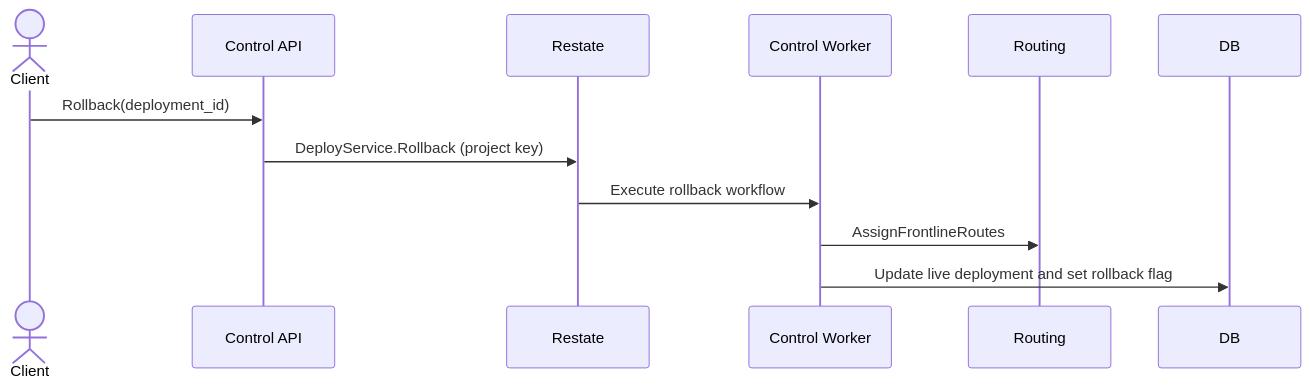
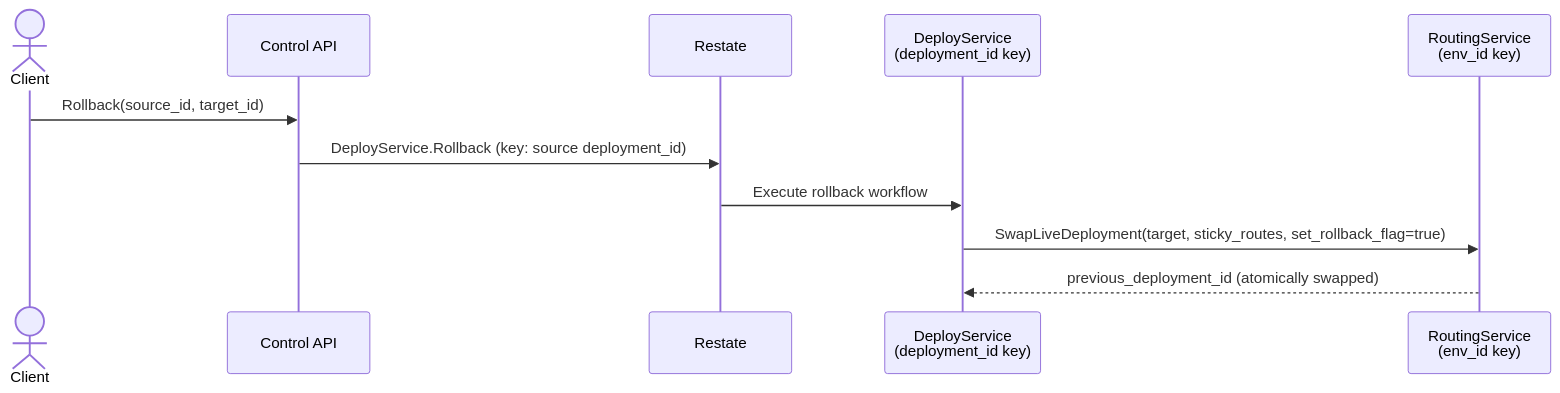
The fourth of 4 diagrams in docs/engineering/architecture/services/control-plane/worker/workflows/deployments.mdx (unkeyed/unkey), drawn with Mermaid before and after one commit. The commit also changed other lines of this file and 60 other files, not shown here.

First line of the commit message:
feat(ctrl): rework build queue for per-env concurrency and cancellation

````diff
--- a/docs/engineering/architecture/services/control-plane/worker/workflows/deployments.mdx
+++ b/docs/engineering/architecture/services/control-plane/worker/workflows/deployments.mdx
@@ -53,13 +108,14 @@
 ```mermaid
 sequenceDiagram
   actor Client
   participant CtrlAPI as Control API
   participant Restate as Restate
-  participant Worker as Control Worker
+  participant Worker as DeployService<br/>(deployment_id key)
+  participant Routing as RoutingService<br/>(env_id key)
 
-  Client->>CtrlAPI: Rollback(deployment_id)
-  CtrlAPI->>Restate: DeployService.Rollback (project key)
+  Client->>CtrlAPI: Rollback(source_id, target_id)
+  CtrlAPI->>Restate: DeployService.Rollback (key: source deployment_id)
   Restate->>Worker: Execute rollback workflow
-  Worker->>Routing: AssignFrontlineRoutes
-  Worker->>DB: Update live deployment and set rollback flag
+  Worker->>Routing: SwapLiveDeployment(target, sticky_routes, set_rollback_flag=true)
+  Routing-->>Worker: previous_deployment_id (atomically swapped)
 ```
````
